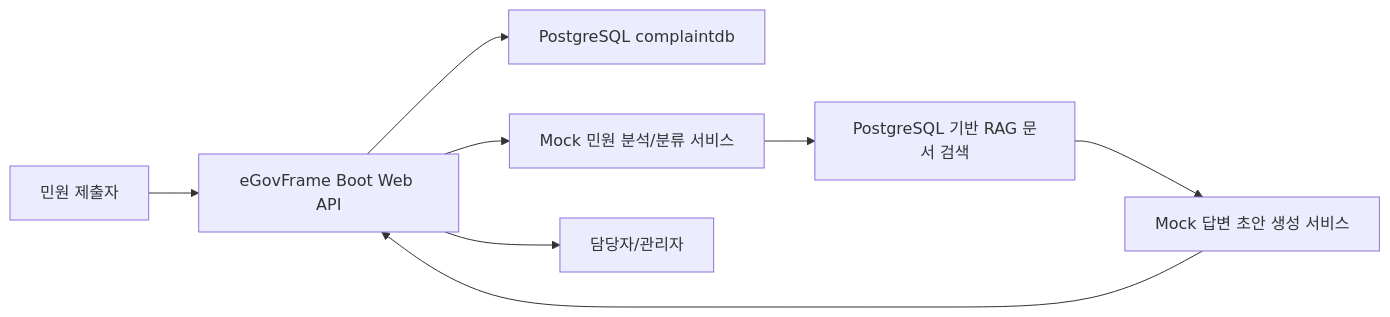
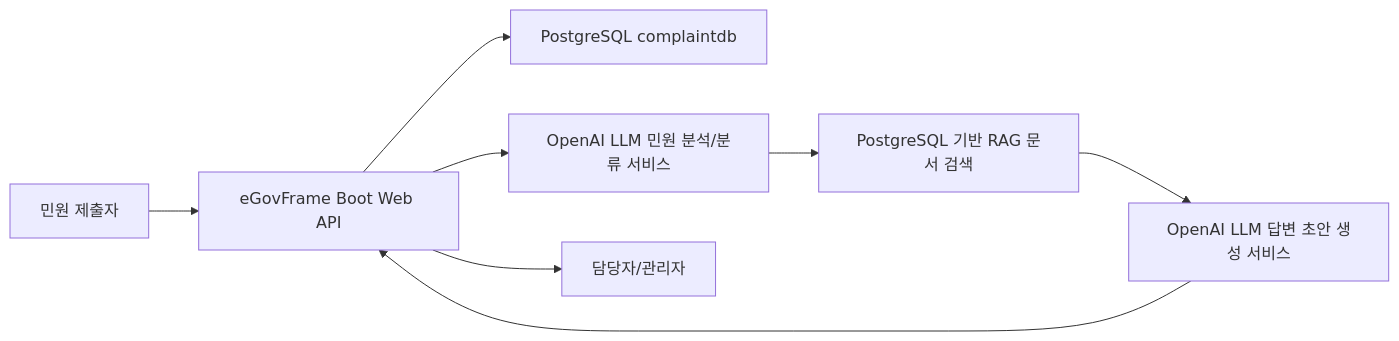
One commit to SH-L1/Unstructured changed the diagram in PLAN.md. Above: the diagram before and after it, drawn with Mermaid. The commit also changed other lines of this file and 20 other files, not shown here.

````diff
--- a/PLAN.md
+++ b/PLAN.md
@@ -23,10 +23,10 @@
 ```mermaid
 flowchart LR
     Citizen["민원 제출자"] --> API["eGovFrame Boot Web API"]
     API --> DB["PostgreSQL complaintdb"]
-    API --> Analyzer["Mock 민원 분석/분류 서비스"]
+    API --> Analyzer["OpenAI LLM 민원 분석/분류 서비스"]
     Analyzer --> Rag["PostgreSQL 기반 RAG 문서 검색"]
-    Rag --> Draft["Mock 답변 초안 생성 서비스"]
+    Rag --> Draft["OpenAI LLM 답변 초안 생성 서비스"]
     Draft --> API
     API --> Staff["담당자/관리자"]
 ```
````
